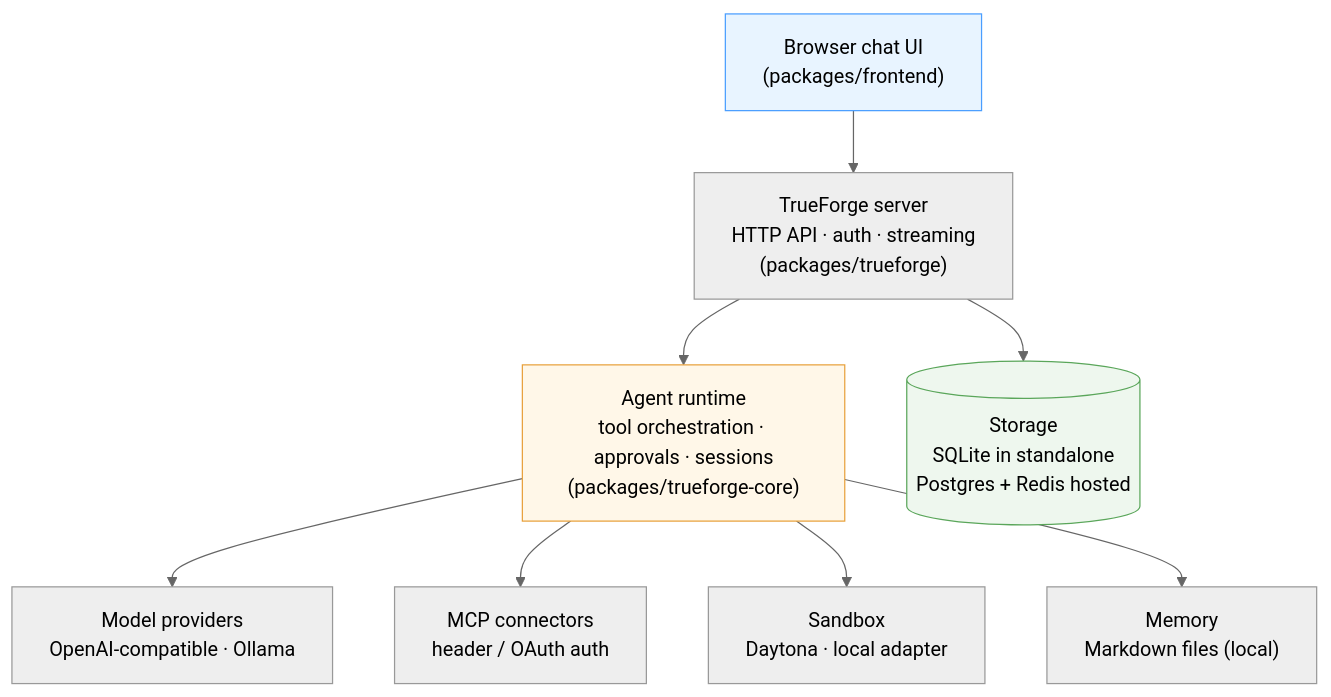
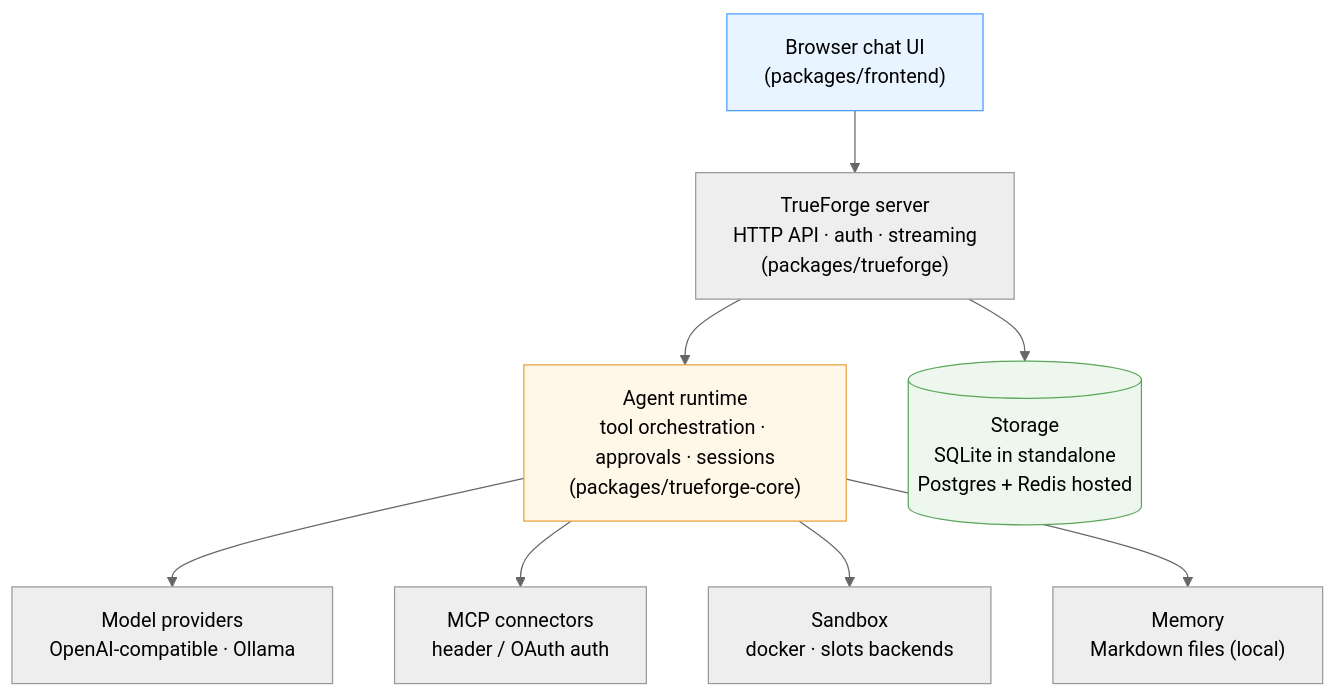
The diagram in README.md (ClimbOutLabs/amanuensis), drawn with Mermaid (neutral theme) before and after one commit. The commit also changed other lines of this file and 2 other files, not shown here.

Commit message:
README: match the installer, compose and sandbox names as they are

````diff
--- a/README.md
+++ b/README.md
@@ -52,22 +52,22 @@
 ```mermaid
 flowchart TB
     Browser["Browser chat UI<br/>(packages/frontend)"]
     Server["TrueForge server<br/>HTTP API · auth · streaming<br/>(packages/trueforge)"]
     Runtime["Agent runtime<br/>tool orchestration · approvals · sessions<br/>(packages/trueforge-core)"]
     Models["Model providers<br/>OpenAI-compatible · Ollama"]
     MCP["MCP connectors<br/>header / OAuth auth"]
-    Sandbox["Sandbox<br/>Daytona · local adapter"]
+    Sandbox["Sandbox<br/>docker · slots backends"]
     Memory["Memory<br/>Markdown files (local)"]
     Storage[("Storage<br/>SQLite in standalone<br/>Postgres + Redis hosted")]
 
     Browser --> Server --> Runtime
     Runtime --> Models
     Runtime --> MCP
     Runtime --> Sandbox
     Runtime --> Memory
     Server --> Storage
 
     style Browser fill:#e8f4ff,stroke:#4a9eff
     style Runtime fill:#fff7e8,stroke:#e8a13d
     style Storage fill:#eef7ee,stroke:#5aa65a
 ```
````
